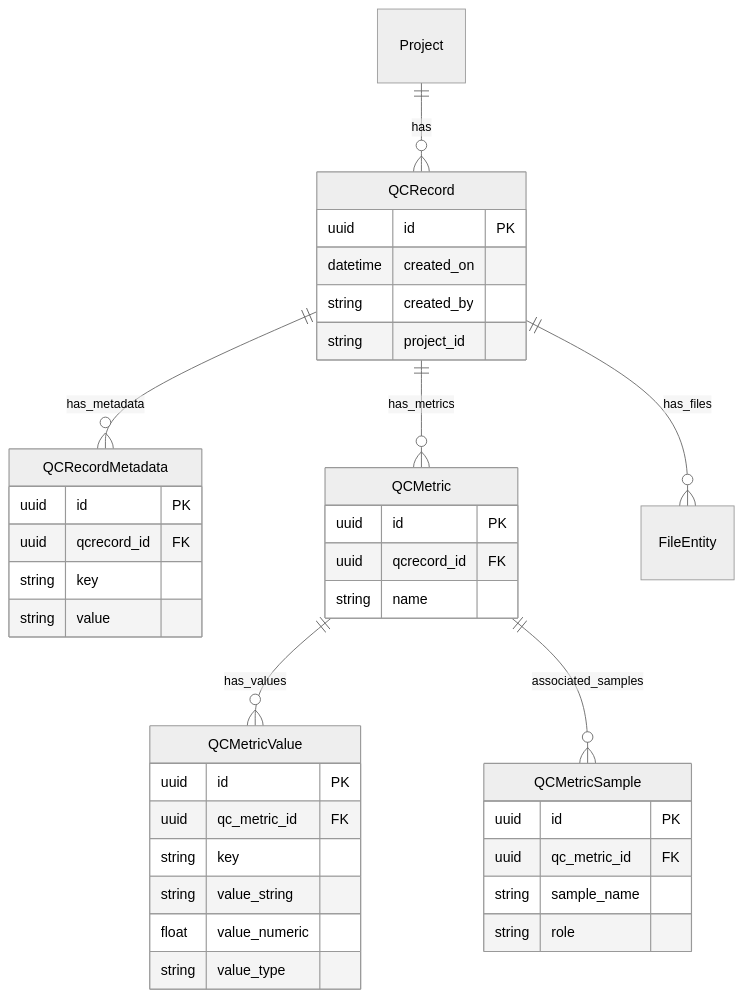
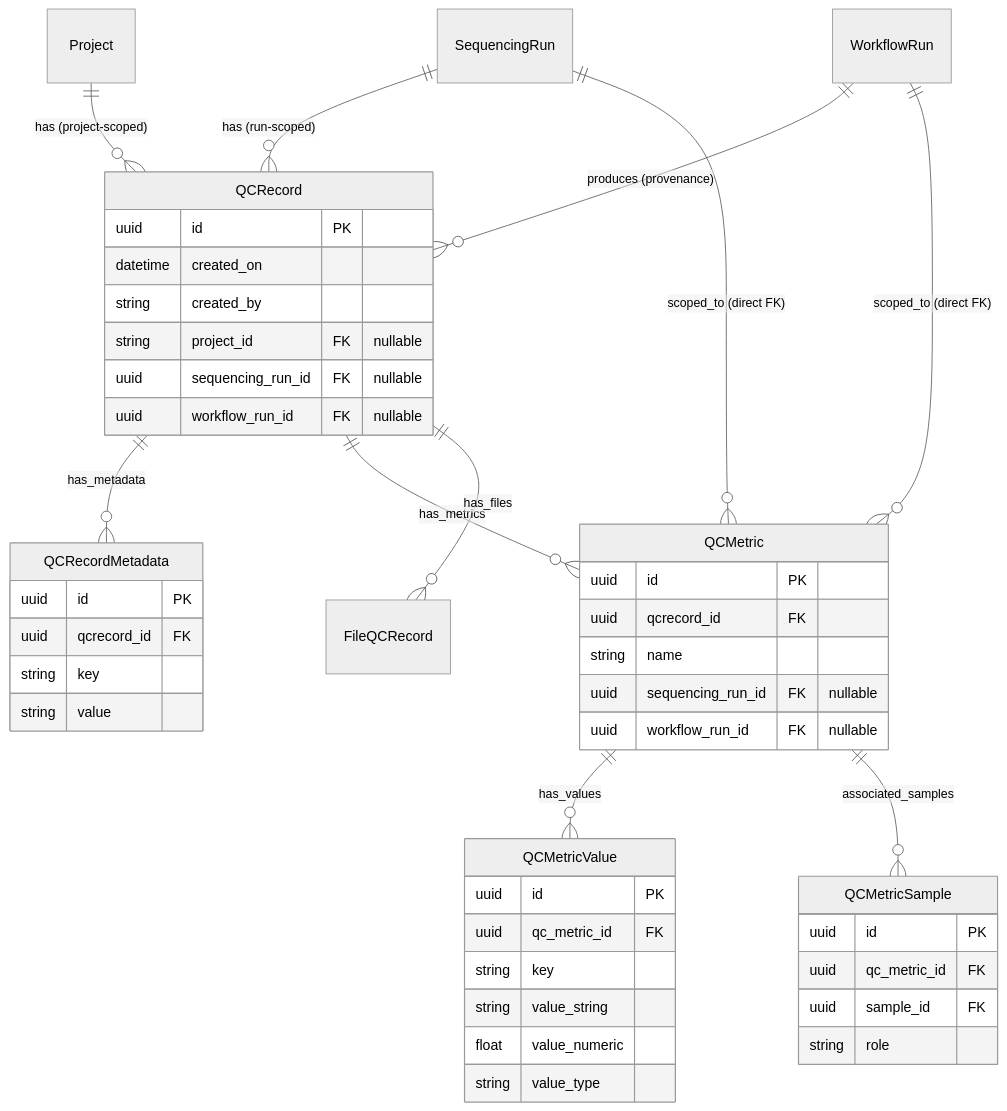
Before and after one commit to NGS360/APIServer: the diagram in docs/QCMETRICS.md, drawn with Mermaid (neutral theme). The commit also changed other lines of this file and 43 other files, not shown here.

````diff
--- a/docs/QCMETRICS.md
+++ b/docs/QCMETRICS.md
@@ -19,45 +24,53 @@
 ```mermaid
 erDiagram
-    Project ||--o{ QCRecord : has
+    Project ||--o{ QCRecord : "has (project-scoped)"
+    SequencingRun ||--o{ QCRecord : "has (run-scoped)"
+    WorkflowRun ||--o{ QCRecord : "produces (provenance)"
     QCRecord ||--o{ QCRecordMetadata : has_metadata
     QCRecord ||--o{ QCMetric : has_metrics
+    QCRecord ||--o{ FileQCRecord : has_files
     QCMetric ||--o{ QCMetricValue : has_values
     QCMetric ||--o{ QCMetricSample : associated_samples
-    QCRecord ||--o{ FileEntity : has_files
+    SequencingRun ||--o{ QCMetric : "scoped_to (direct FK)"
+    WorkflowRun ||--o{ QCMetric : "scoped_to (direct FK)"
 
     QCRecord {
         uuid id PK
         datetime created_on
         string created_by
-        string project_id
+        string project_id FK "nullable"
+        uuid sequencing_run_id FK "nullable"
+        uuid workflow_run_id FK "nullable"
     }
 
     QCRecordMetadata {
         uuid id PK
         uuid qcrecord_id FK
         string key
         string value
     }
 
     QCMetric {
         uuid id PK
         uuid qcrecord_id FK
         string name
+        uuid sequencing_run_id FK "nullable"
+        uuid workflow_run_id FK "nullable"
     }
 
     QCMetricValue {
         uuid id PK
         uuid qc_metric_id FK
         string key
         string value_string
         float value_numeric
         string value_type
     }
 
     QCMetricSample {
         uuid id PK
         uuid qc_metric_id FK
-        string sample_name
+        uuid sample_id FK
         string role
     }
 ```
````
